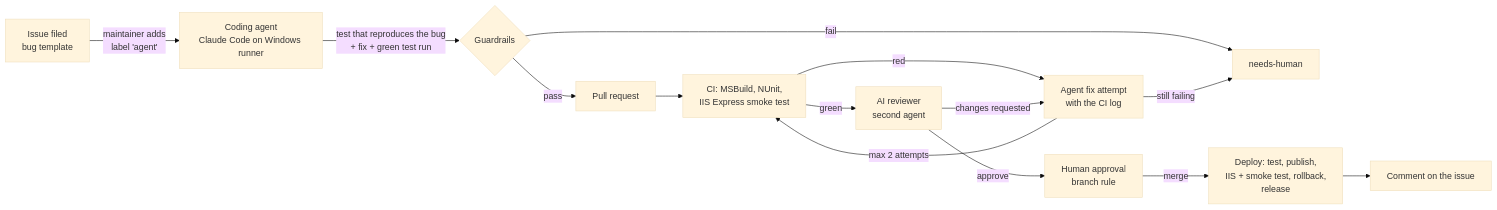
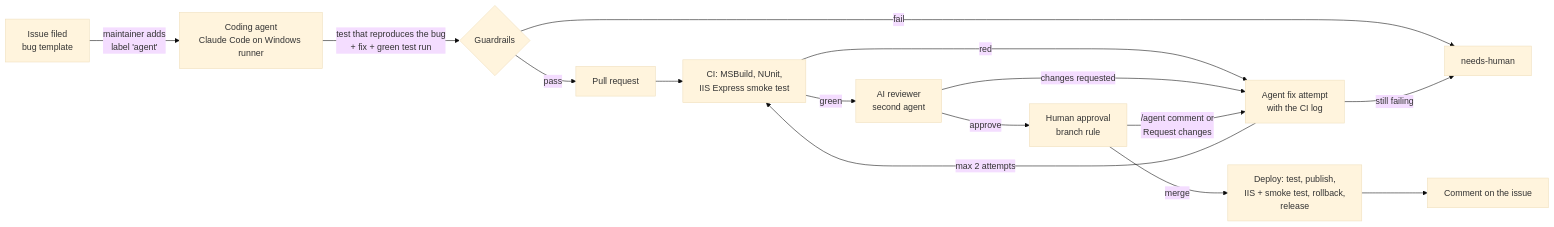
One commit to severeis/agentic-sdlc-demo changed the diagram in README.md. Above: the diagram before and after it, drawn with Mermaid (base theme). The commit also changed other lines of this file and 2 other files, not shown here.

First line of the commit message:
Agent: maintainers can send an agent PR back with a /agent comment or a Request changes review

````diff
--- a/README.md
+++ b/README.md
@@ -9,16 +9,17 @@
 ```mermaid
 flowchart LR
     A[Issue filed<br/>bug template] -->|maintainer adds<br/>label 'agent'| B[Coding agent<br/>Claude Code on Windows runner]
     B -->|test that reproduces the bug<br/>+ fix + green test run| G{Guardrails}
     G -->|pass| PR[Pull request]
     G -->|fail| H[needs-human]
     PR --> CI[CI: MSBuild, NUnit,<br/>IIS Express smoke test]
     CI -->|red| F[Agent fix attempt<br/>with the CI log]
     CI -->|green| R[AI reviewer<br/>second agent]
     R -->|changes requested| F
     F -->|max 2 attempts| CI
     F -->|still failing| H
     R -->|approve| HA[Human approval<br/>branch rule]
+    HA -->|/agent comment or<br/>Request changes| F
     HA -->|merge| D[Deploy: test, publish,<br/>IIS + smoke test, rollback,<br/>release]
     D --> I[Comment on the issue]
 ```
````
